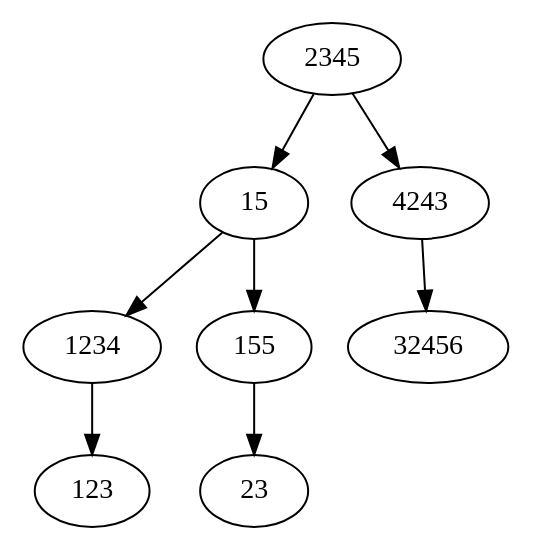
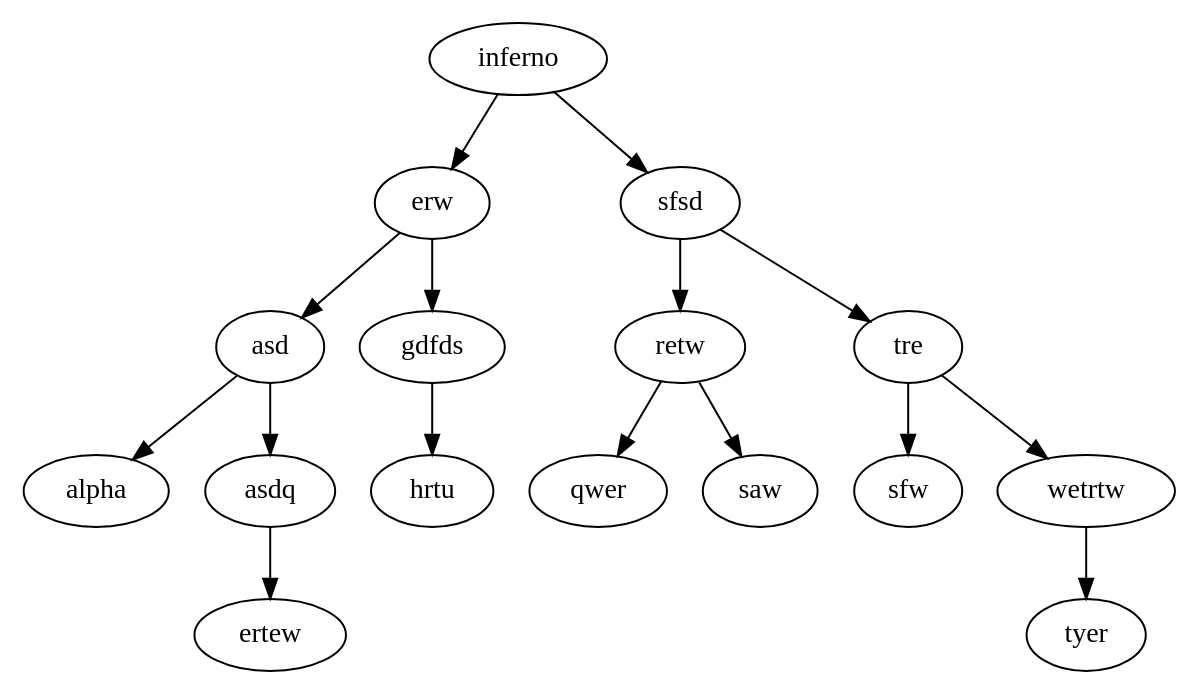
Before and after one commit to Sped32DJ/LearningProgramming: the diagram in CPP/10C/week7/output.dot, drawn with Graphviz. The commit also changed 5 other files, not shown here.

```diff
--- a/CPP/10C/week7/output.dot
+++ b/CPP/10C/week7/output.dot
@@ -1,9 +1,17 @@
 digraph G {
-1234 -> 123;
-15 -> 1234;
-155 -> 23;
-15 -> 155;
-2345 -> 15;
-4243 -> 32456;
-2345 -> 4243;
+asd -> alpha;
+asdq -> ertew;
+asd -> asdq;
+erw -> asd;
+gdfds -> hrtu;
+erw -> gdfds;
+inferno -> erw;
+retw -> qwer;
+retw -> saw;
+sfsd -> retw;
+tre -> sfw;
+wetrtw -> tyer;
+tre -> wetrtw;
+sfsd -> tre;
+inferno -> sfsd;
 }
```
